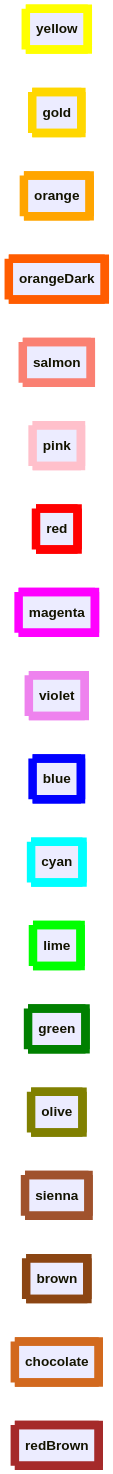
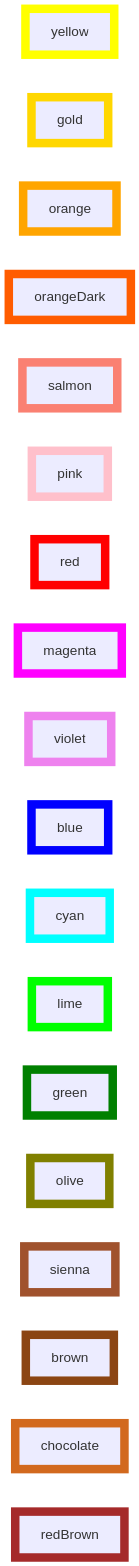
Before and after one commit to Ee-Cs/Ee-Cs.github.io: the second of 2 diagrams in files/fill-and-stroke-colors.md, drawn with Mermaid.

````diff
--- a/files/fill-and-stroke-colors.md
+++ b/files/fill-and-stroke-colors.md
@@ -28,46 +27,40 @@
 ```mermaid
----
-  config:
-    class:
-      hideEmptyMembersBox: true
----
-classDiagram
-    direction LR
-    class yellow:::yellow { }
-    class gold:::gold { }
-    class orange:::orange { }
-    class orangeDark:::orangeDark { }
-    class salmon:::salmon { }
-    class pink:::pink { }
-    class red:::red { }
-    class magenta:::magenta { }
-    class violet:::violet { }
-    class blue:::blue { }
-    class cyan:::cyan { }
-    class lime:::lime { }
-    class green:::green { }
-    class olive:::olive { }
-    class sienna:::sienna { }
-    class brown:::brown { }
-    class chocolate:::chocolate { }
-    class redBrown:::redBrown { }
+flowchart LR
+    yellow:::yellow
+    gold:::gold
+    orange:::orange
+    orangeDark:::orangeDark
+    salmon:::salmon
+    pink:::pink
+    red:::red
+    magenta:::magenta
+    violet:::violet
+    blue:::blue
+    cyan:::cyan
+    lime:::lime
+    green:::green
+    olive:::olive
+    sienna:::sienna
+    brown:::brown
+    chocolate:::chocolate
+    redBrown:::redBrown
 %% Styles
     classDef brown stroke:saddlebrown,stroke-width:10px
     classDef blue stroke:blue,stroke-width:10px
     classDef chocolate stroke:chocolate,stroke-width:10px
     classDef cyan stroke:cyan,stroke-width:10px
     classDef gold stroke:gold,stroke-width:10px
     classDef green stroke:green,stroke-width:10px
     classDef lime stroke:lime,stroke-width:10px
     classDef magenta stroke:magenta,stroke-width:10px
     classDef olive stroke:olive,stroke-width:10px
     classDef orange stroke:orange,stroke-width:10px
     classDef orangeDark stroke:#FF5C00,stroke-width:10px
     classDef pink stroke:pink,stroke-width:10px
     classDef red stroke:red,stroke-width:10px
     classDef redBrown stroke:brown,stroke-width:10px
     classDef salmon stroke:salmon,stroke-width:10px
     classDef sienna stroke:sienna,stroke-width:10px
     classDef violet stroke:violet,stroke-width:10px
     classDef yellow stroke:yellow,stroke-width:10px
 ```
````
